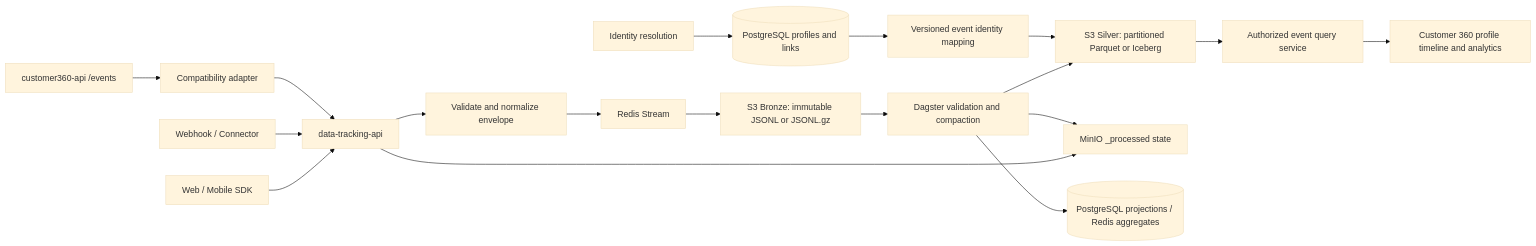
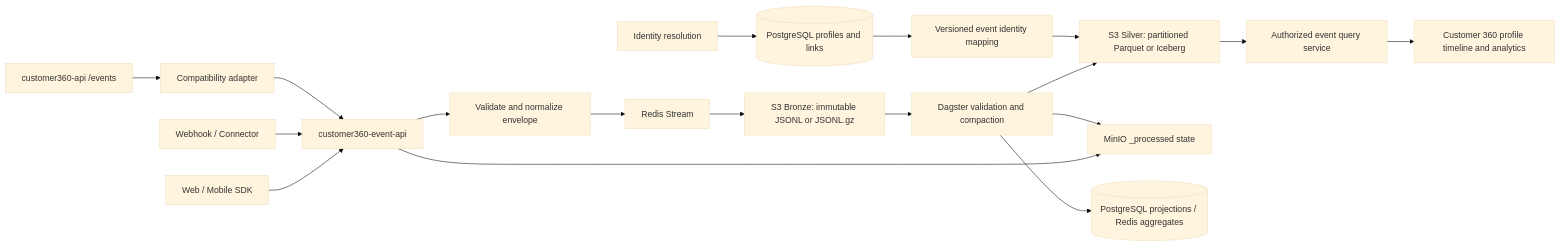
Before and after one commit to LEO-CDP/leo-customer360: the diagram in docs/action-plans/FULL-ANALYTICS-WITH-S3.md, drawn with Mermaid (base theme). The commit also changed other lines of this file and 117 other files, not shown here.

Commit message:
refactoring, rename folder data-tracking-api to customer360-event-api

````diff
--- a/docs/action-plans/FULL-ANALYTICS-WITH-S3.md
+++ b/docs/action-plans/FULL-ANALYTICS-WITH-S3.md
@@ -94,20 +94,20 @@
 ```mermaid
 flowchart LR
-    SDK[Web / Mobile SDK] --> INGEST[data-tracking-api]
+    SDK[Web / Mobile SDK] --> INGEST[customer360-event-api]
     WEBHOOK[Webhook / Connector] --> INGEST
     LEGACY[customer360-api /events] --> COMPAT[Compatibility adapter]
     COMPAT --> INGEST
     INGEST --> VALIDATE[Validate and normalize envelope]
     VALIDATE --> REDIS[Redis Stream]
     REDIS --> BRONZE[S3 Bronze: immutable JSONL or JSONL.gz]
     BRONZE --> DAGSTER[Dagster validation and compaction]
     DAGSTER --> SILVER[S3 Silver: partitioned Parquet or Iceberg]
     INGEST --> STATE[MinIO _processed state]
     DAGSTER --> STATE
     DAGSTER --> AGG[(PostgreSQL projections / Redis aggregates)]
     CIR[Identity resolution] --> PROFILE[(PostgreSQL profiles and links)]
     PROFILE --> ENRICH[Versioned event identity mapping]
     ENRICH --> SILVER
     SILVER --> QUERY[Authorized event query service]
     QUERY --> UI[Customer 360 profile timeline and analytics]
 ```
````
